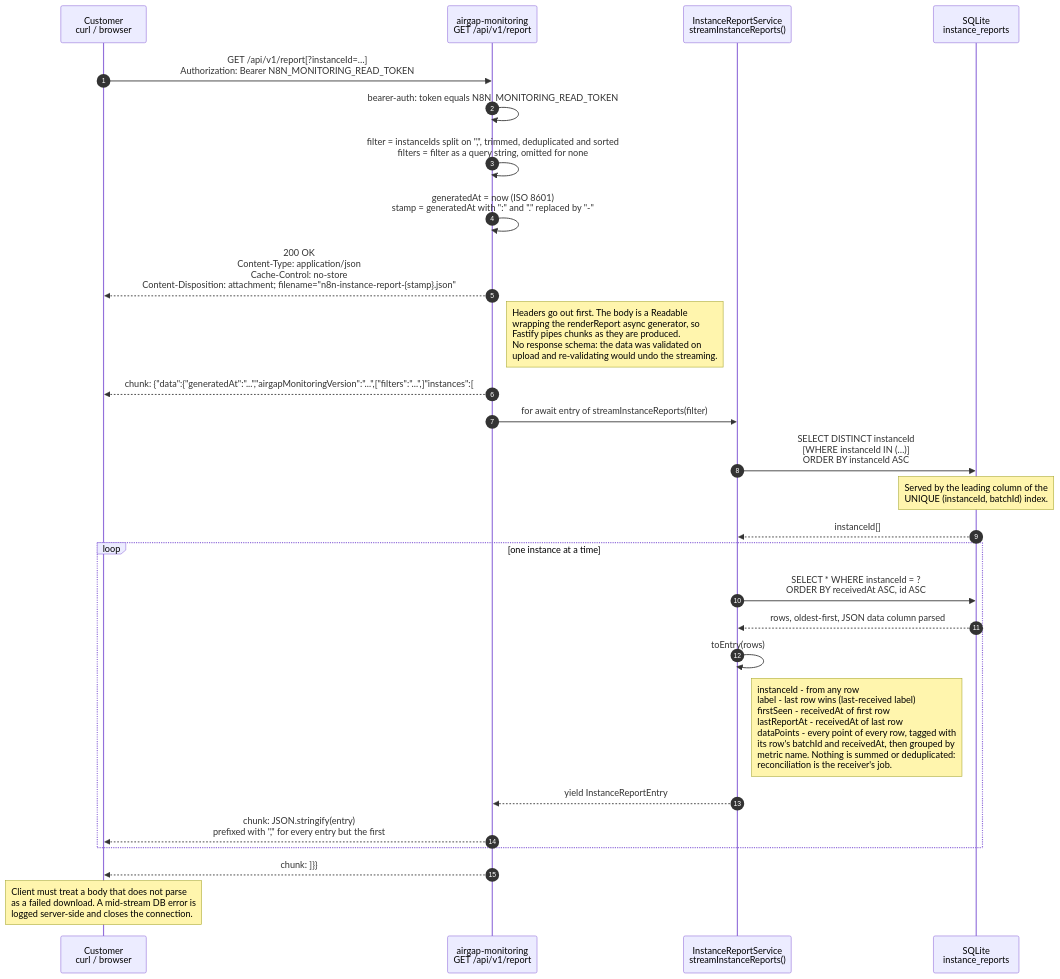
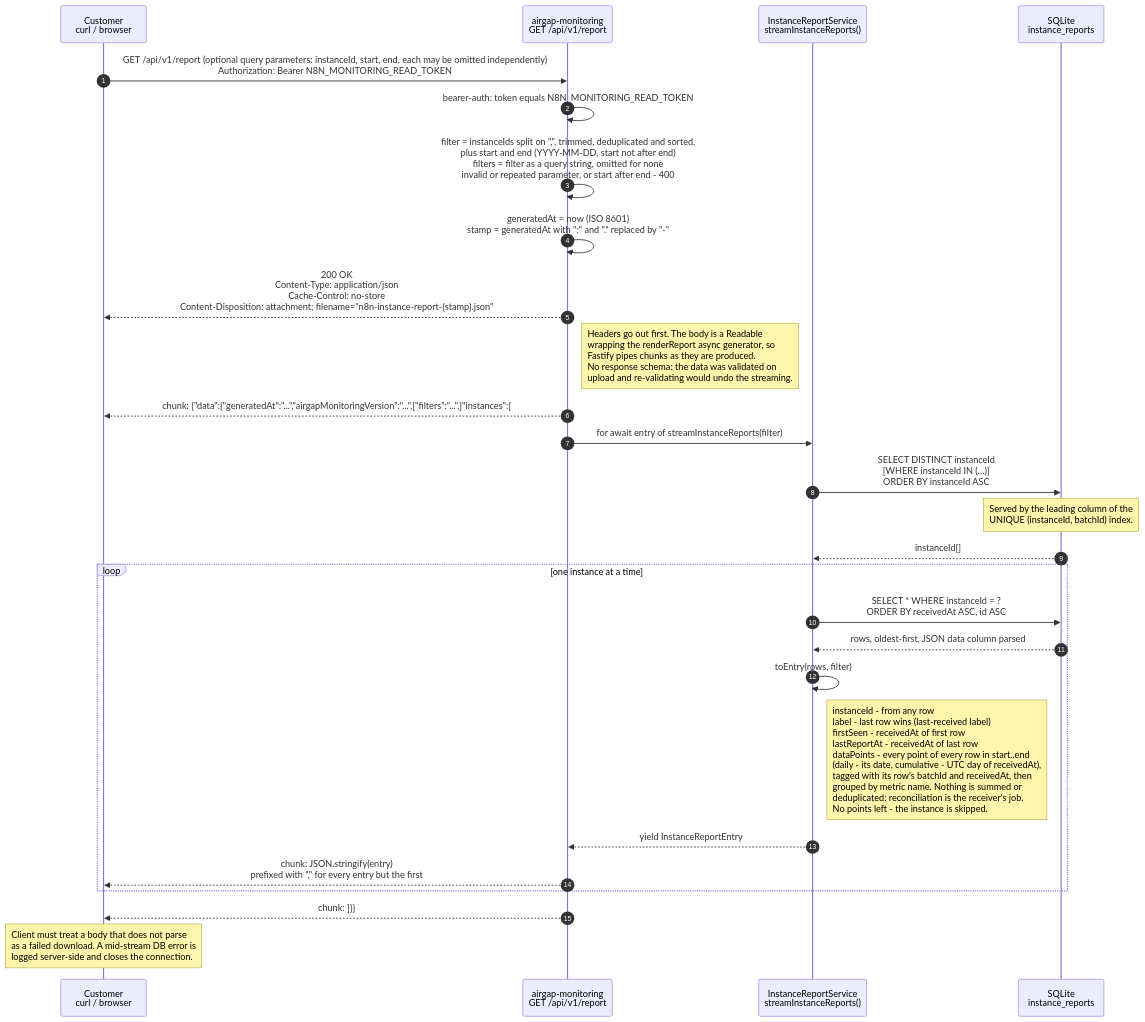
The second of 2 diagrams in docs/DIAGRAMS.md (n8n-io/n8n-airgap-monitoring), drawn with Mermaid before and after one commit. The commit also changed other lines of this file and 7 other files, not shown here.

Commit message:
feat(api): Filter the report by start and end day (#46)

````diff
--- a/docs/DIAGRAMS.md
+++ b/docs/DIAGRAMS.md
@@ -104,39 +105,39 @@
 ```mermaid
 ---
 config:
   sequence:
     noteAlign: left
 ---
 sequenceDiagram
     autonumber
     participant C as Customer<br/>curl / browser
     participant API as airgap-monitoring<br/>GET /api/v1/report
     participant SVC as InstanceReportService<br/>streamInstanceReports()
     participant DB as SQLite<br/>instance_reports
 
-    C->>API: GET /api/v1/report[?instanceId=…]<br/>Authorization: Bearer N8N_MONITORING_READ_TOKEN
+    C->>API: GET /api/v1/report (optional query parameters: instanceId, start, end, each may be omitted independently)<br/>Authorization: Bearer N8N_MONITORING_READ_TOKEN
     API->>API: bearer-auth: token equals N8N_MONITORING_READ_TOKEN
-    API->>API: filter = instanceIds split on ",", trimmed, deduplicated and sorted<br/>filters = filter as a query string, omitted for none
+    API->>API: filter = instanceIds split on ",", trimmed, deduplicated and sorted,<br/>plus start and end (YYYY-MM-DD, start not after end)<br/>filters = filter as a query string, omitted for none<br/>invalid or repeated parameter, or start after end - 400
     API->>API: generatedAt = now (ISO 8601)<br/>stamp = generatedAt with ":" and "." replaced by "-"
     API-->>C: 200 OK<br/>Content-Type: application/json<br/>Cache-Control: no-store<br/>Content-Disposition: attachment#59; filename="n8n-instance-report-{stamp}.json"
     Note right of API: Headers go out first. The body is a Readable<br/>wrapping the renderReport async generator, so<br/>Fastify pipes chunks as they are produced.<br/>No response schema: the data was validated on<br/>upload and re-validating would undo the streaming.
 
     API-->>C: chunk: {"data":{"generatedAt":"...","airgapMonitoringVersion":"...",["filters":"...",]"instances":[
 
     API->>SVC: for await entry of streamInstanceReports(filter)
     SVC->>DB: SELECT DISTINCT instanceId<br/>[WHERE instanceId IN (…)]<br/>ORDER BY instanceId ASC
     Note over DB: Served by the leading column of the<br/>UNIQUE (instanceId, batchId) index.
     DB-->>SVC: instanceId[]
 
     loop one instance at a time
         SVC->>DB: SELECT * WHERE instanceId = ?<br/>ORDER BY receivedAt ASC, id ASC
         DB-->>SVC: rows, oldest-first, JSON data column parsed
-        SVC->>SVC: toEntry(rows)
-        Note right of SVC: instanceId - from any row<br/>label - last row wins (last-received label)<br/>firstSeen - receivedAt of first row<br/>lastReportAt - receivedAt of last row<br/>dataPoints - every point of every row, tagged with<br/>its row's batchId and receivedAt, then grouped by<br/>metric name. Nothing is summed or deduplicated:<br/>reconciliation is the receiver's job.
+        SVC->>SVC: toEntry(rows, filter)
+        Note right of SVC: instanceId - from any row<br/>label - last row wins (last-received label)<br/>firstSeen - receivedAt of first row<br/>lastReportAt - receivedAt of last row<br/>dataPoints - every point of every row in start..end<br/>(daily - its date, cumulative - UTC day of receivedAt),<br/>tagged with its row's batchId and receivedAt, then<br/>grouped by metric name. Nothing is summed or<br/>deduplicated: reconciliation is the receiver's job.<br/>No points left - the instance is skipped.
         SVC-->>API: yield InstanceReportEntry
         API-->>C: chunk: JSON.stringify(entry)<br/>prefixed with "," for every entry but the first
     end
 
     API-->>C: chunk: ]}}
     Note over C: Client must treat a body that does not parse<br/>as a failed download. A mid-stream DB error is<br/>logged server-side and closes the connection.
 ```
````
